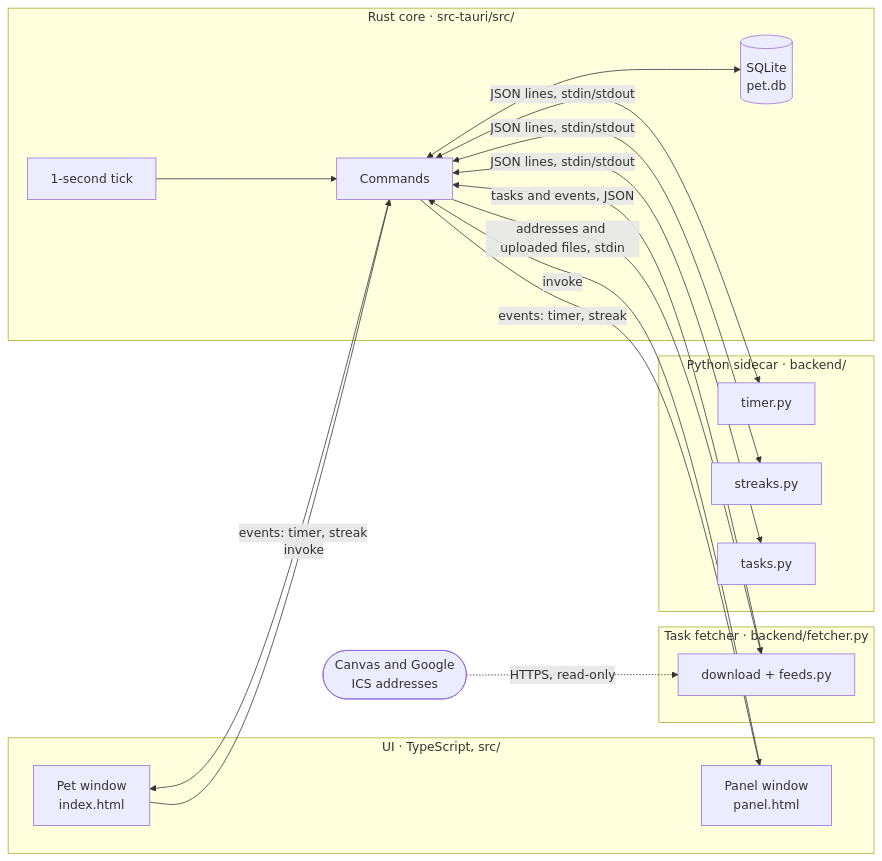
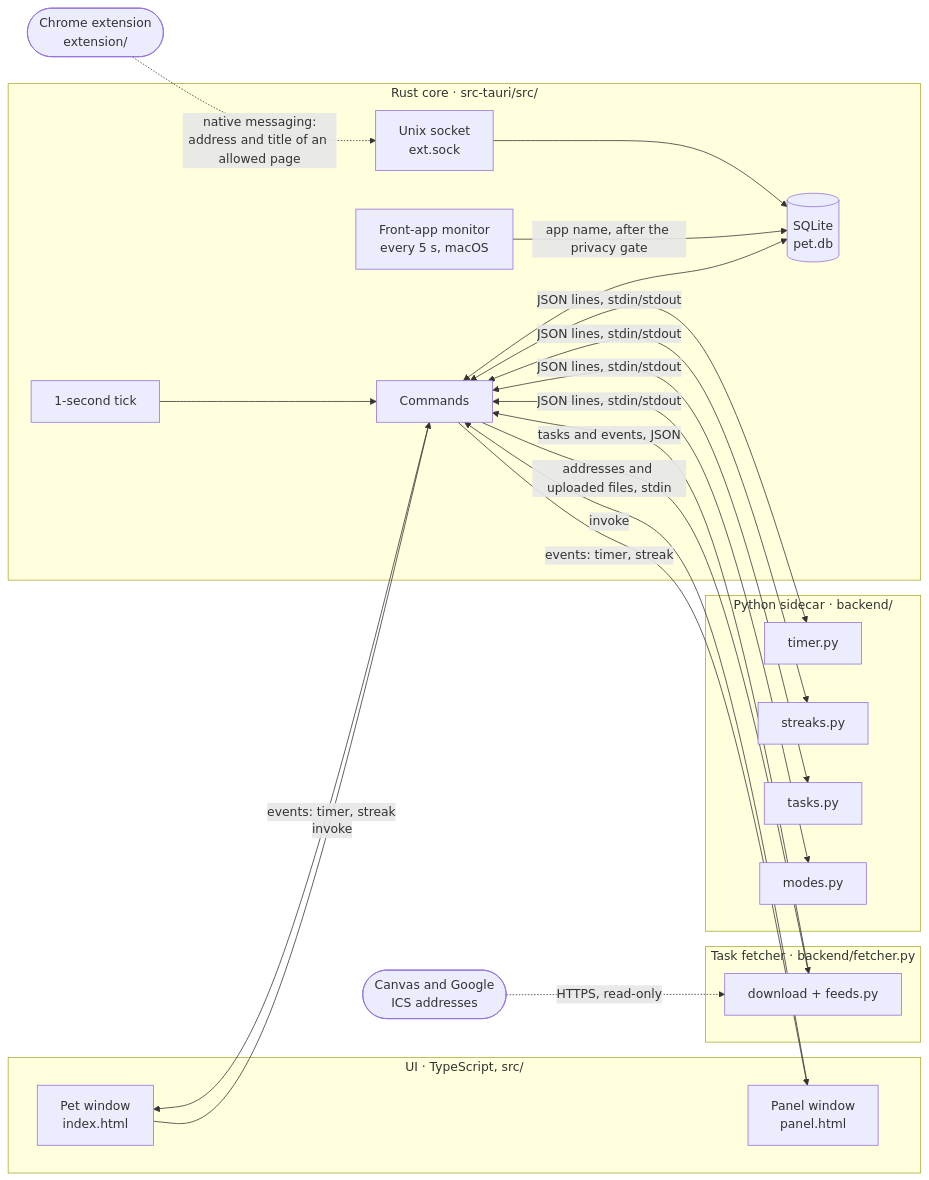
The first of 4 diagrams in docs/ARCHITECTURE.md (victornguyen7/Study-Pet), drawn with Mermaid before and after one commit. The commit also changed other lines of this file and 9 other files, not shown here.

````diff
--- a/docs/ARCHITECTURE.md
+++ b/docs/ARCHITECTURE.md
@@ -11,33 +11,41 @@
 ```mermaid
 flowchart LR
     subgraph UI["UI · TypeScript, src/"]
         PET["Pet window<br/>index.html"]
         PANEL["Panel window<br/>panel.html"]
     end
     subgraph CORE["Rust core · src-tauri/src/"]
         CMD["Commands"]
         TICK["1-second tick"]
+        MON["Front-app monitor<br/>every 5 s, macOS"]
+        SOCK["Unix socket<br/>ext.sock"]
         DB[("SQLite<br/>pet.db")]
     end
     subgraph PY["Python sidecar · backend/"]
         TIMER["timer.py"]
         STREAK["streaks.py"]
         TASKS["tasks.py"]
+        MODES["modes.py"]
     end
     subgraph NET["Task fetcher · backend/fetcher.py"]
         FETCH["download + feeds.py"]
     end
     ICS(["Canvas and Google<br/>ICS addresses"])
+    EXT(["Chrome extension<br/>extension/"])
     PET -->|invoke| CMD
     PANEL -->|invoke| CMD
     CMD -->|"events: timer, streak"| PET
     CMD -->|"events: timer, streak"| PANEL
     CMD <--> DB
     TICK --> CMD
     CMD <-->|"JSON lines, stdin/stdout"| TIMER
     CMD <-->|"JSON lines, stdin/stdout"| STREAK
     CMD <-->|"JSON lines, stdin/stdout"| TASKS
+    CMD <-->|"JSON lines, stdin/stdout"| MODES
+    MON -->|"app name, after the privacy gate"| DB
+    EXT -.->|"native messaging:<br/>address and title of an allowed page"| SOCK
+    SOCK --> DB
     CMD -->|"addresses and uploaded files, stdin"| FETCH
     FETCH -->|"tasks and events, JSON"| CMD
     ICS -.->|"HTTPS, read-only"| FETCH
 ```
````
